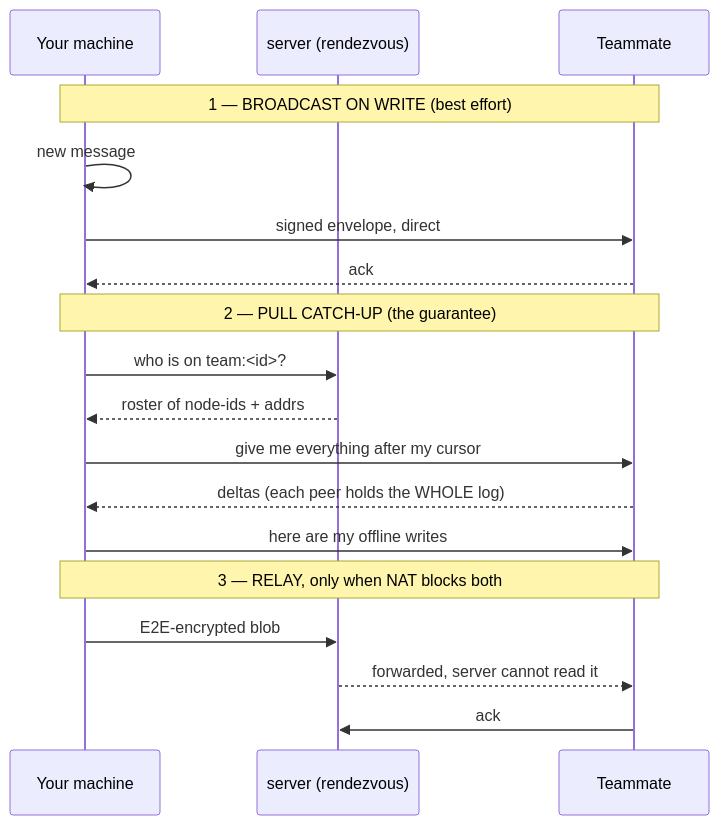
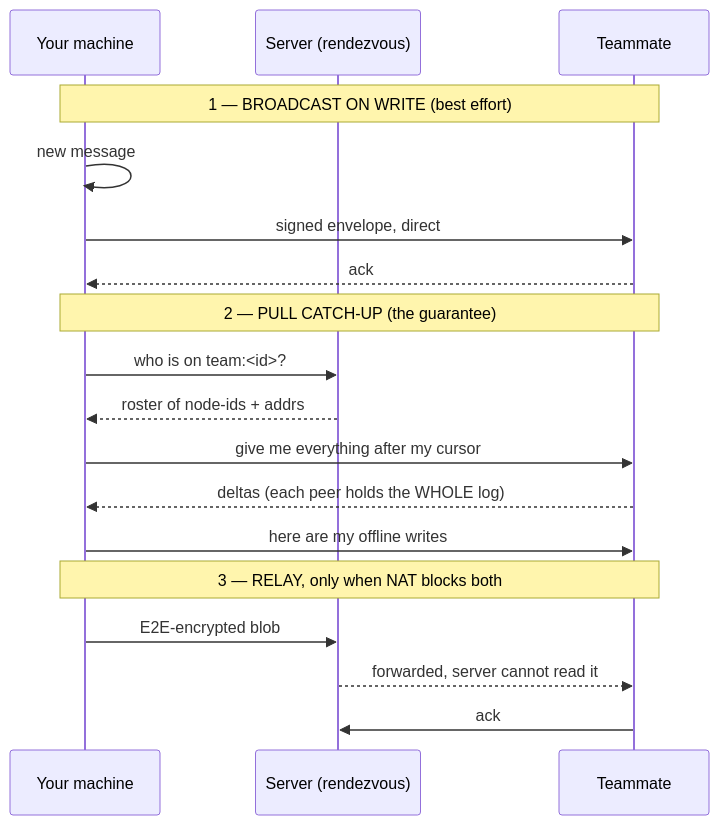
Before and after one commit to incordai/watchman: the sixth of 8 diagrams in README.md, drawn with Mermaid. The commit also changed other lines of this file, not shown here.

````diff
--- a/README.md
+++ b/README.md
@@ -398,23 +407,23 @@
 ```mermaid
 sequenceDiagram
     participant A as Your machine
-    participant S as server (rendezvous)
+    participant S as Server (rendezvous)
     participant B as Teammate
 
     Note over A,B: 1 — BROADCAST ON WRITE (best effort)
     A->>A: new message
     A->>B: signed envelope, direct
     B-->>A: ack
 
     Note over A,B: 2 — PULL CATCH-UP (the guarantee)
     A->>S: who is on team:<id>?
     S-->>A: roster of node-ids + addrs
     A->>B: give me everything after my cursor
     B-->>A: deltas (each peer holds the WHOLE log)
     A->>B: here are my offline writes
 
     Note over A,B: 3 — RELAY, only when NAT blocks both
     A->>S: E2E-encrypted blob
     S-->>B: forwarded, server cannot read it
     B->>S: ack
 ```
````
